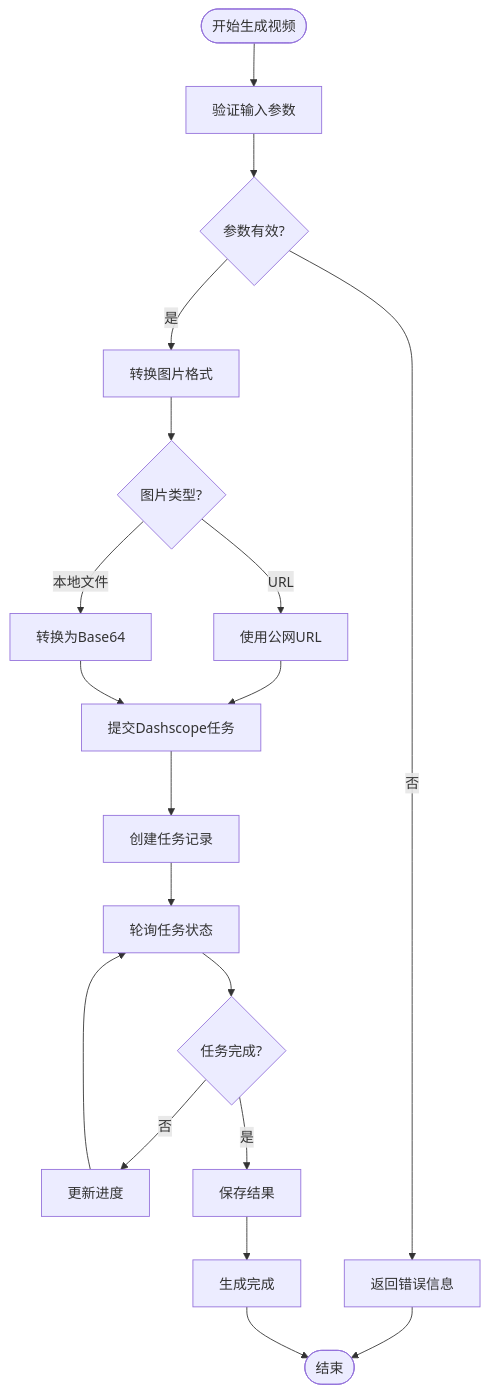
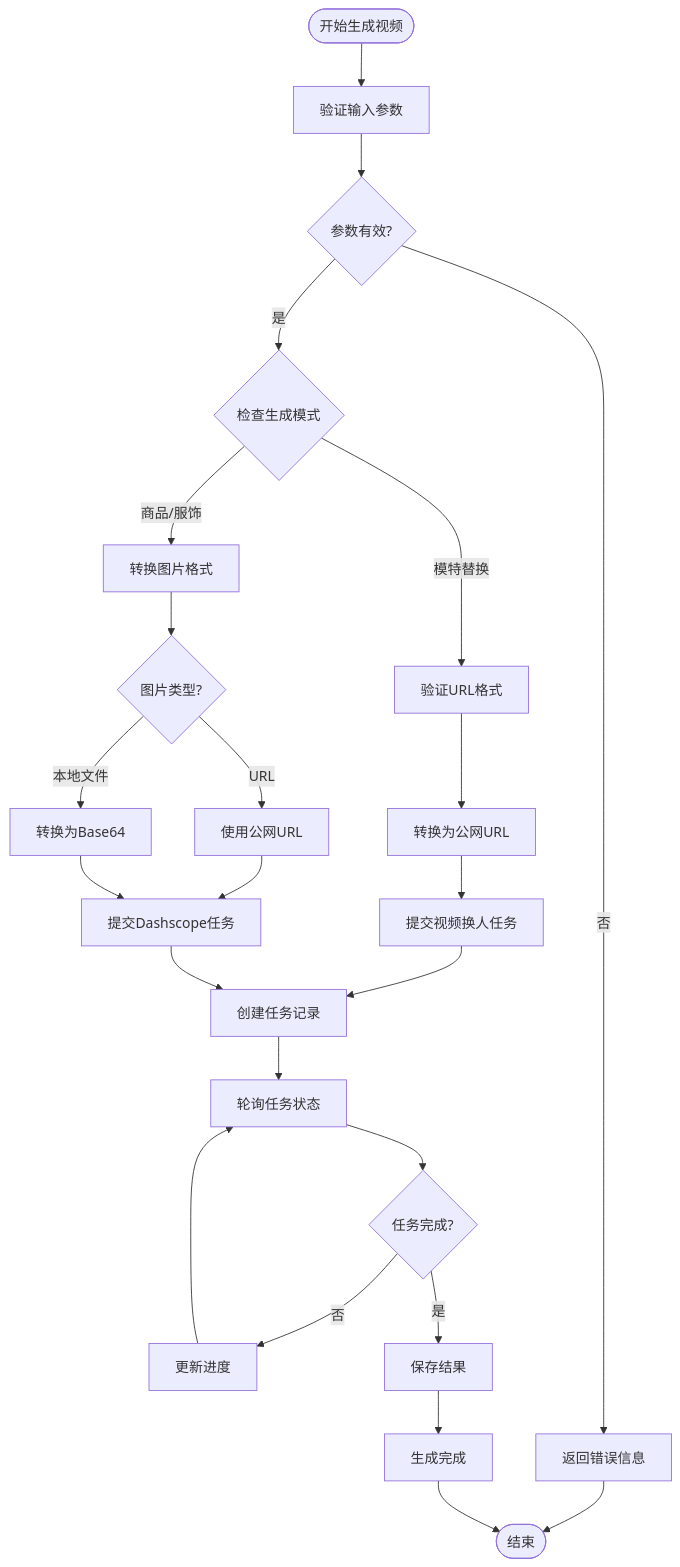
Before and after one commit to zuozuoliu740-cmd/xianxiong-news: the fourth of 7 diagrams in .qoder/repowiki/zh/content/Dashscope Integration.md, drawn with Mermaid. The commit also changed other lines of this file and 4 other files, not shown here.

````diff
--- a/.qoder/repowiki/zh/content/Dashscope Integration.md
+++ b/.qoder/repowiki/zh/content/Dashscope Integration.md
@@ -243,21 +281,26 @@
 ```mermaid
 flowchart TD
 Start([开始生成视频]) --> Validate[验证输入参数]
 Validate --> ValidInput{参数有效?}
 ValidInput --> |否| Error[返回错误信息]
-ValidInput --> |是| ConvertImage[转换图片格式]
+ValidInput --> |是| CheckMode{检查生成模式}
+CheckMode --> |商品/服饰| ConvertImage[转换图片格式]
+CheckMode --> |模特替换| ValidateUrls[验证URL格式]
 ConvertImage --> ImageType{图片类型?}
 ImageType --> |URL| UseURL[使用公网URL]
 ImageType --> |本地文件| ConvertBase64[转换为Base64]
 UseURL --> SubmitTask[提交Dashscope任务]
 ConvertBase64 --> SubmitTask
-SubmitTask --> CreateTask[创建任务记录]
+ValidateUrls --> PublicUrls[转换为公网URL]
+PublicUrls --> SubmitSwapTask[提交视频换人任务]
+SubmitSwapTask --> CreateTask[创建任务记录]
+SubmitTask --> CreateTask
 CreateTask --> PollStatus[轮询任务状态]
 PollStatus --> StatusCheck{任务完成?}
 StatusCheck --> |否| UpdateProgress[更新进度]
 StatusCheck --> |是| SaveResult[保存结果]
 UpdateProgress --> PollStatus
 SaveResult --> Complete[生成完成]
 Error --> End([结束])
 Complete --> End
 ```
````
